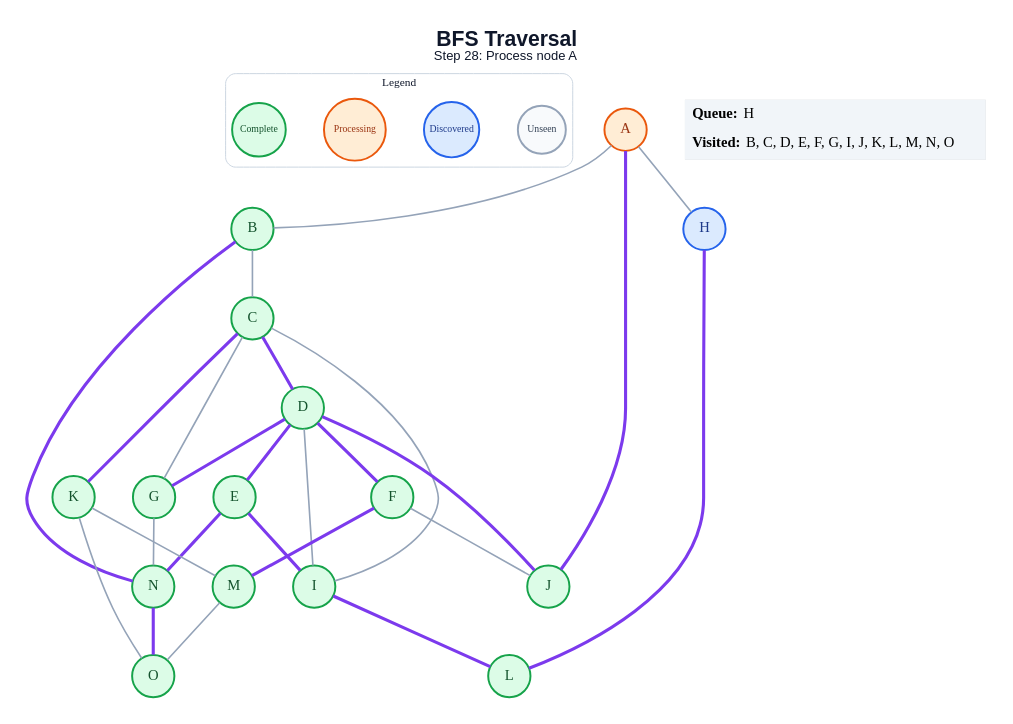
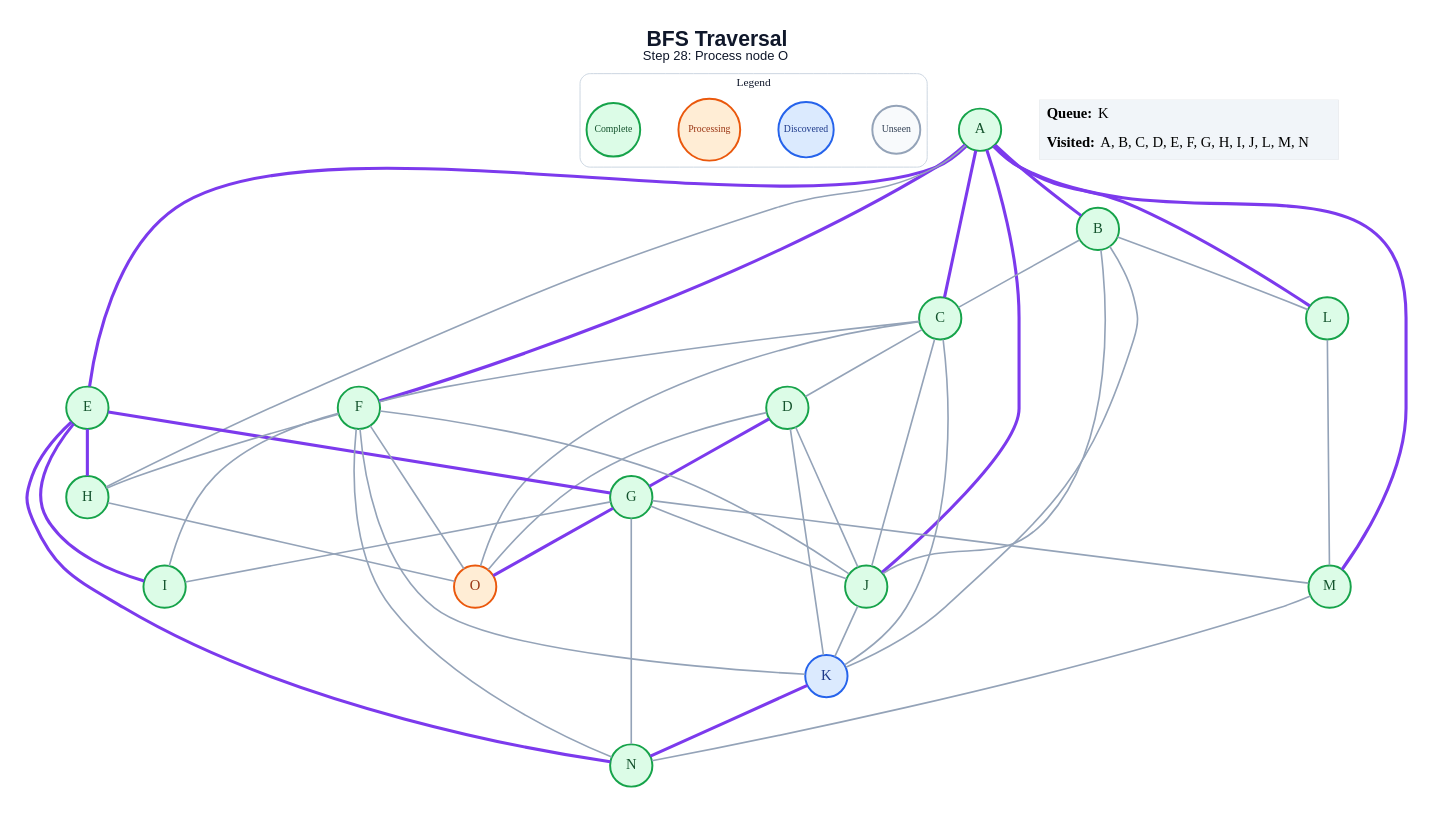
One commit to anon7238593-create/ai-slop changed the diagram in generated/specific-node/bfs/step_28.dot. Above: the diagram before and after it, drawn with Graphviz. The commit also changed 265 other files, not shown here.

```diff
--- a/generated/specific-node/bfs/step_28.dot
+++ b/generated/specific-node/bfs/step_28.dot
@@ -1,59 +1,75 @@
 graph traversal {
   graph [layout=dot, rankdir=TB, bgcolor="#FFFFFF", pad="0.35", nodesep="0.65", ranksep="0.8", fontname="Arial"];
   node [shape=circle, style="filled", fontname="Arial Bold", fontsize=18, width=0.72, fixedsize=true, penwidth=2.4];
   edge [color="#94A3B8", penwidth=2.0];
-  label=<<B>BFS Traversal</B><BR/><FONT POINT-SIZE="16">Step 28: Process node A</FONT>>; labelloc="t"; fontsize=26; fontname="Arial"; fontcolor="#0F172A";
+  label=<<B>BFS Traversal</B><BR/><FONT POINT-SIZE="16">Step 28: Process node O</FONT>>; labelloc="t"; fontsize=26; fontname="Arial"; fontcolor="#0F172A";
   subgraph cluster_legend { label="Legend"; color="#CBD5E1"; penwidth=1.2; style="rounded"; fontsize=14; fontname="Arial Bold";
     key_unseen [label="Unseen", fillcolor="#F8FAFC", color="#94A3B8", fontcolor="#334155", fontsize=12, width=0.82];
     key_frontier [label="Discovered", fillcolor="#DBEAFE", color="#2563EB", fontcolor="#1E3A8A", fontsize=12, width=0.95];
     key_current [label="Processing", fillcolor="#FFEDD5", color="#EA580C", fontcolor="#9A3412", fontsize=12, width=1.05];
     key_done [label="Complete", fillcolor="#DCFCE7", color="#16A34A", fontcolor="#14532D", fontsize=12, width=0.92];
     { rank=same; key_unseen; key_frontier; key_current; key_done; }
   }
-  A [fillcolor="#FFEDD5", color="#EA580C", fontcolor="#9A3412"];
+  A [fillcolor="#DCFCE7", color="#16A34A", fontcolor="#14532D"];
   B [fillcolor="#DCFCE7", color="#16A34A", fontcolor="#14532D"];
   C [fillcolor="#DCFCE7", color="#16A34A", fontcolor="#14532D"];
   D [fillcolor="#DCFCE7", color="#16A34A", fontcolor="#14532D"];
   E [fillcolor="#DCFCE7", color="#16A34A", fontcolor="#14532D"];
   F [fillcolor="#DCFCE7", color="#16A34A", fontcolor="#14532D"];
   G [fillcolor="#DCFCE7", color="#16A34A", fontcolor="#14532D"];
-  H [fillcolor="#DBEAFE", color="#2563EB", fontcolor="#1E3A8A"];
+  H [fillcolor="#DCFCE7", color="#16A34A", fontcolor="#14532D"];
   I [fillcolor="#DCFCE7", color="#16A34A", fontcolor="#14532D"];
   J [fillcolor="#DCFCE7", color="#16A34A", fontcolor="#14532D"];
-  K [fillcolor="#DCFCE7", color="#16A34A", fontcolor="#14532D"];
+  K [fillcolor="#DBEAFE", color="#2563EB", fontcolor="#1E3A8A"];
   L [fillcolor="#DCFCE7", color="#16A34A", fontcolor="#14532D"];
   M [fillcolor="#DCFCE7", color="#16A34A", fontcolor="#14532D"];
   N [fillcolor="#DCFCE7", color="#16A34A", fontcolor="#14532D"];
-  O [fillcolor="#DCFCE7", color="#16A34A", fontcolor="#14532D"];
-  A -- B;
+  O [fillcolor="#FFEDD5", color="#EA580C", fontcolor="#9A3412"];
+  A -- B [color="#7C3AED", penwidth=3.8];
+  A -- C [color="#7C3AED", penwidth=3.8];
+  A -- E [color="#7C3AED", penwidth=3.8];
+  A -- F [color="#7C3AED", penwidth=3.8];
   A -- H;
   A -- J [color="#7C3AED", penwidth=3.8];
+  A -- L [color="#7C3AED", penwidth=3.8];
+  A -- M [color="#7C3AED", penwidth=3.8];
   B -- C;
-  B -- N [color="#7C3AED", penwidth=3.8];
-  C -- D [color="#7C3AED", penwidth=3.8];
-  C -- G;
-  C -- I;
-  C -- K [color="#7C3AED", penwidth=3.8];
-  D -- E [color="#7C3AED", penwidth=3.8];
-  D -- F [color="#7C3AED", penwidth=3.8];
+  B -- J;
+  B -- K;
+  B -- L;
+  C -- D;
+  C -- F;
+  C -- J;
+  C -- K;
+  C -- O;
   D -- G [color="#7C3AED", penwidth=3.8];
-  D -- I;
-  D -- J [color="#7C3AED", penwidth=3.8];
+  D -- J;
+  D -- K;
+  D -- O;
+  E -- G [color="#7C3AED", penwidth=3.8];
+  E -- H [color="#7C3AED", penwidth=3.8];
   E -- I [color="#7C3AED", penwidth=3.8];
   E -- N [color="#7C3AED", penwidth=3.8];
+  F -- H;
+  F -- I;
   F -- J;
-  F -- M [color="#7C3AED", penwidth=3.8];
+  F -- K;
+  F -- N;
+  F -- O;
+  G -- I;
+  G -- J;
+  G -- M;
   G -- N;
-  H -- L [color="#7C3AED", penwidth=3.8];
-  I -- L [color="#7C3AED", penwidth=3.8];
-  K -- M;
-  K -- O;
-  M -- O;
-  N -- O [color="#7C3AED", penwidth=3.8];
+  G -- O [color="#7C3AED", penwidth=3.8];
+  H -- O;
+  J -- K;
+  K -- N [color="#7C3AED", penwidth=3.8];
+  L -- M;
+  M -- N;
   status [shape=plain, fixedsize=false, width=0, height=0, margin=0, label=<
     <TABLE BORDER="0" CELLBORDER="0" CELLPADDING="7" BGCOLOR="#F1F5F9">
-      <TR><TD ALIGN="LEFT"><B>Queue:</B> H</TD></TR>
-      <TR><TD ALIGN="LEFT"><B>Visited:</B> B, C, D, E, F, G, I, J, K, L, M, N, O</TD></TR>
+      <TR><TD ALIGN="LEFT"><B>Queue:</B> K</TD></TR>
+      <TR><TD ALIGN="LEFT"><B>Visited:</B> A, B, C, D, E, F, G, H, I, J, L, M, N</TD></TR>
     </TABLE>
   >];
 }
```
